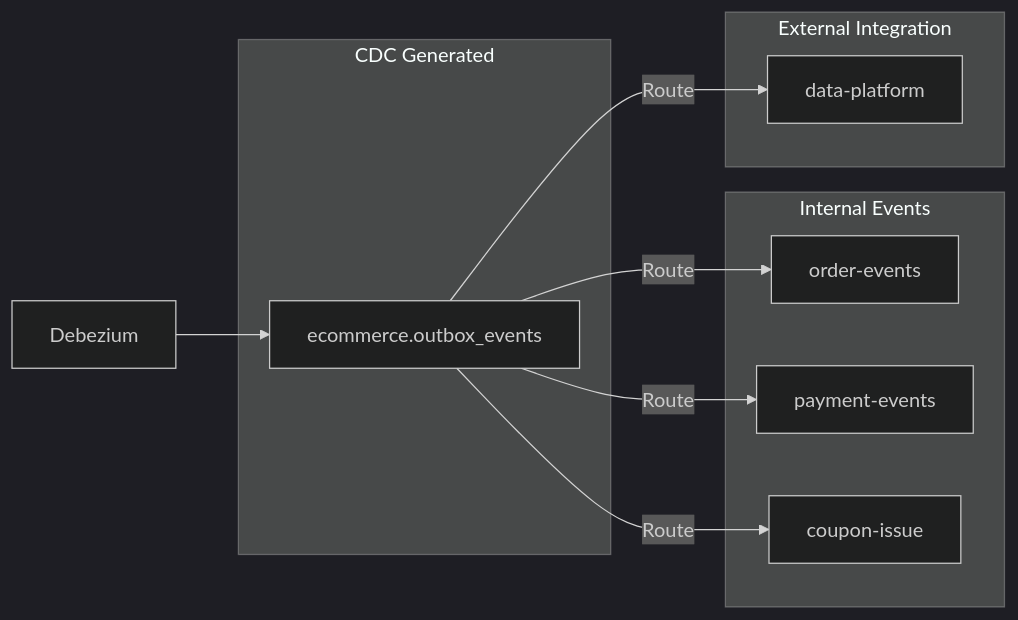
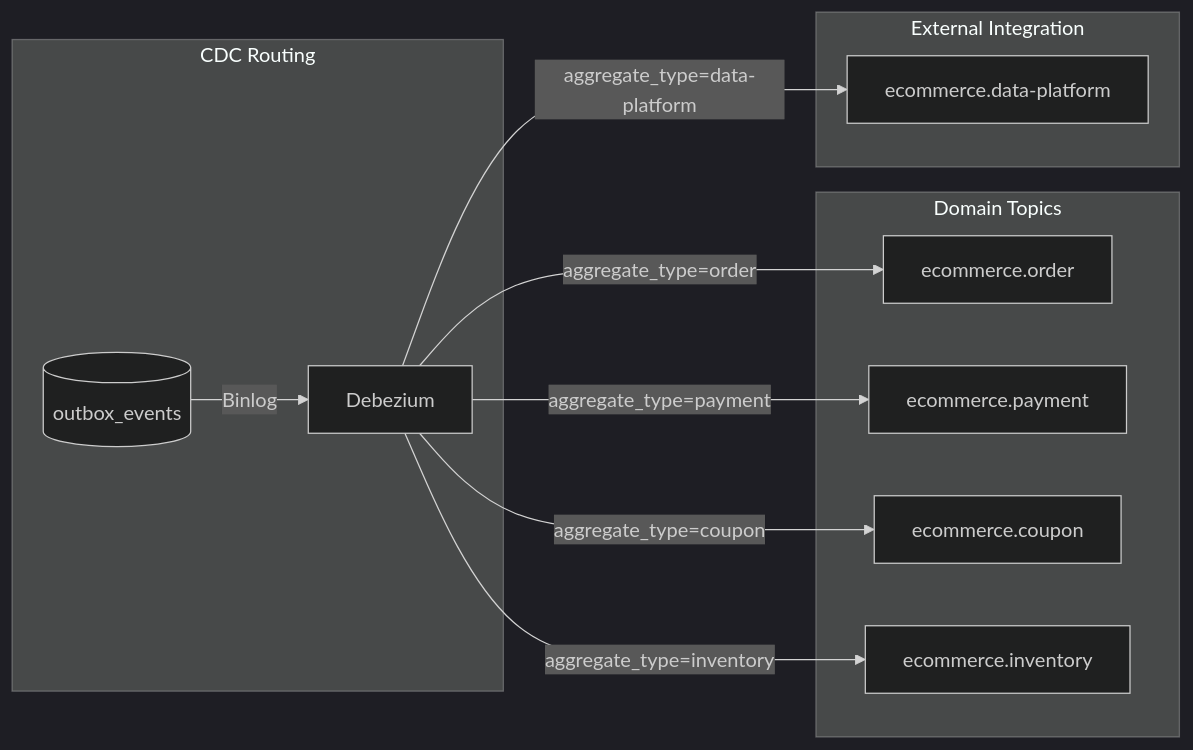
Diagram 12 of 17 in ecommerce/docs/KAFKA_ARCHITECTURE.md (jay05410/hanghae10-for-study), drawn with Mermaid (dark theme) before and after one commit. The commit also changed other lines of this file and 6 other files, not shown here.

````diff
--- a/ecommerce/docs/KAFKA_ARCHITECTURE.md
+++ b/ecommerce/docs/KAFKA_ARCHITECTURE.md
@@ -445,22 +446,25 @@
 ```mermaid
 graph LR
-    subgraph "Internal Events"
-        T1[order-events]
-        T2[payment-events]
-        T3[coupon-issue]
+    subgraph "Domain Topics"
+        T1[ecommerce.order]
+        T2[ecommerce.payment]
+        T3[ecommerce.coupon]
+        T4[ecommerce.inventory]
     end
 
     subgraph "External Integration"
-        T4[data-platform]
+        T5[ecommerce.data-platform]
     end
 
-    subgraph "CDC Generated"
-        T5[ecommerce.outbox_events]
+    subgraph "CDC Routing"
+        CDC[Debezium]
+        OUTBOX[(outbox_events)]
     end
 
-    CDC[Debezium] --> T5
-    T5 --> |Route| T1
-    T5 --> |Route| T2
-    T5 --> |Route| T3
-    T5 --> |Route| T4
+    OUTBOX --> |Binlog| CDC
+    CDC --> |aggregate_type=order| T1
+    CDC --> |aggregate_type=payment| T2
+    CDC --> |aggregate_type=coupon| T3
+    CDC --> |aggregate_type=inventory| T4
+    CDC --> |aggregate_type=data-platform| T5
 ```
````
